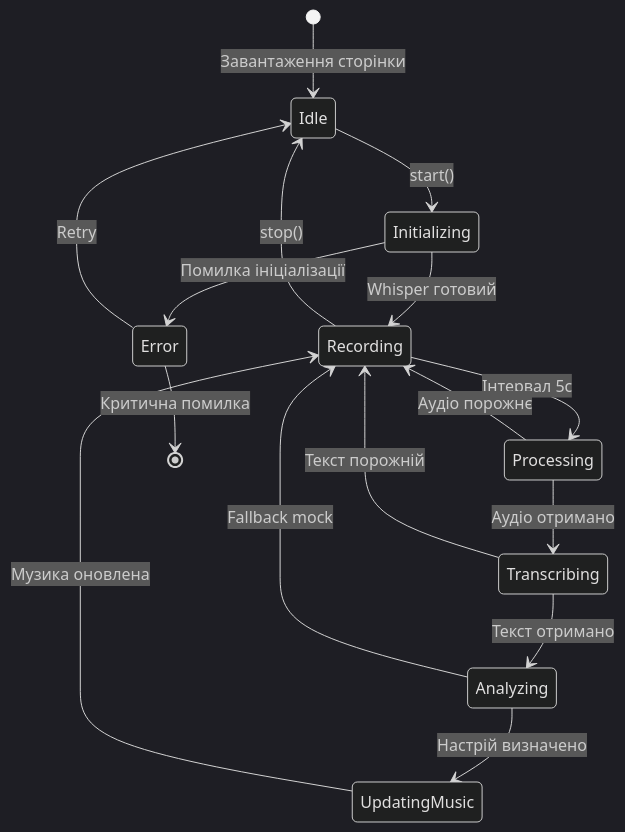
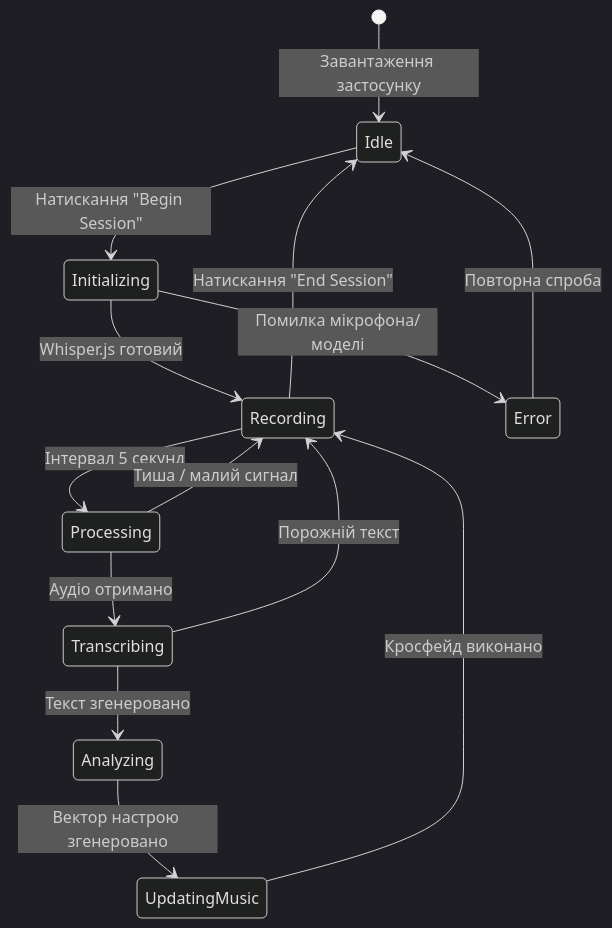
One commit to Djungarik/MastersDiploma changed the tenth of 15 diagrams in Кваліфікаційна_робота_магістра.md. Above: the diagram before and after it, drawn with Mermaid (dark theme). The commit also changed other lines of this file and 125 other files, not shown here.

First line of the commit message:
Thesis review fixes: sequential audio transitions, tests, experiments, diagrams

````diff
--- a/Кваліфікаційна_робота_магістра.md
+++ b/Кваліфікаційна_робота_магістра.md
@@ -1098,23 +955,20 @@
 ```mermaid
 stateDiagram-v2
-    [*] --> Idle: Завантаження сторінки
+    [*] --> Idle: Завантаження застосунку
 
-    Idle --> Initializing: start()
-    Initializing --> Recording: Whisper готовий
-    Initializing --> Error: Помилка ініціалізації
+    Idle --> Initializing: Натискання "Begin Session"
+    Initializing --> Recording: Whisper.js готовий
+    Initializing --> Error: Помилка мікрофона/моделі
 
-    Recording --> Processing: Інтервал 5с
+    Recording --> Processing: Інтервал 5 секунд
     Processing --> Transcribing: Аудіо отримано
-    Transcribing --> Analyzing: Текст отримано
-    Analyzing --> UpdatingMusic: Настрій визначено
-    UpdatingMusic --> Recording: Музика оновлена
+    Transcribing --> Analyzing: Текст згенеровано
+    Analyzing --> UpdatingMusic: Вектор настрою згенеровано
+    UpdatingMusic --> Recording: Кросфейд виконано
 
-    Processing --> Recording: Аудіо порожнє
-    Transcribing --> Recording: Текст порожній
-    Analyzing --> Recording: Fallback mock
+    Processing --> Recording: Тиша / малий сигнал
+    Transcribing --> Recording: Порожній текст
 
-    Recording --> Idle: stop()
-    Error --> Idle: Retry
-
-    Error --> [*]: Критична помилка
+    Recording --> Idle: Натискання "End Session"
+    Error --> Idle: Повторна спроба
 ```
````
